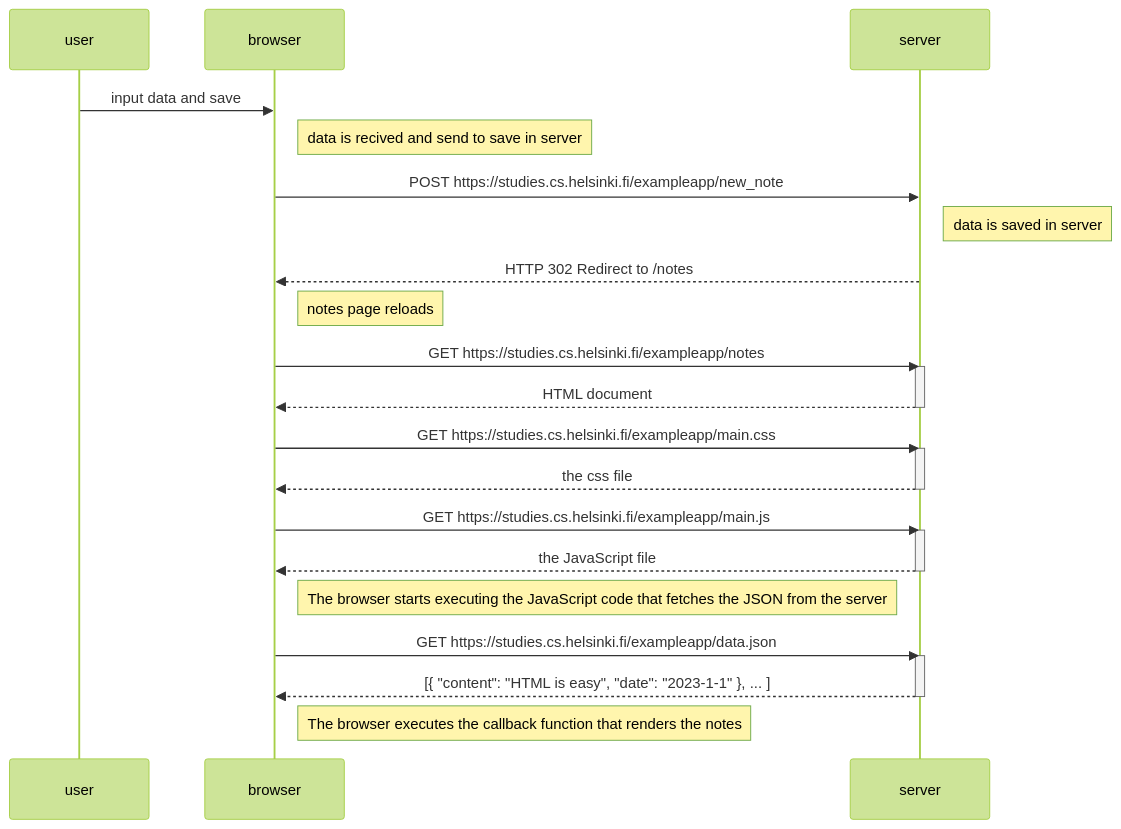
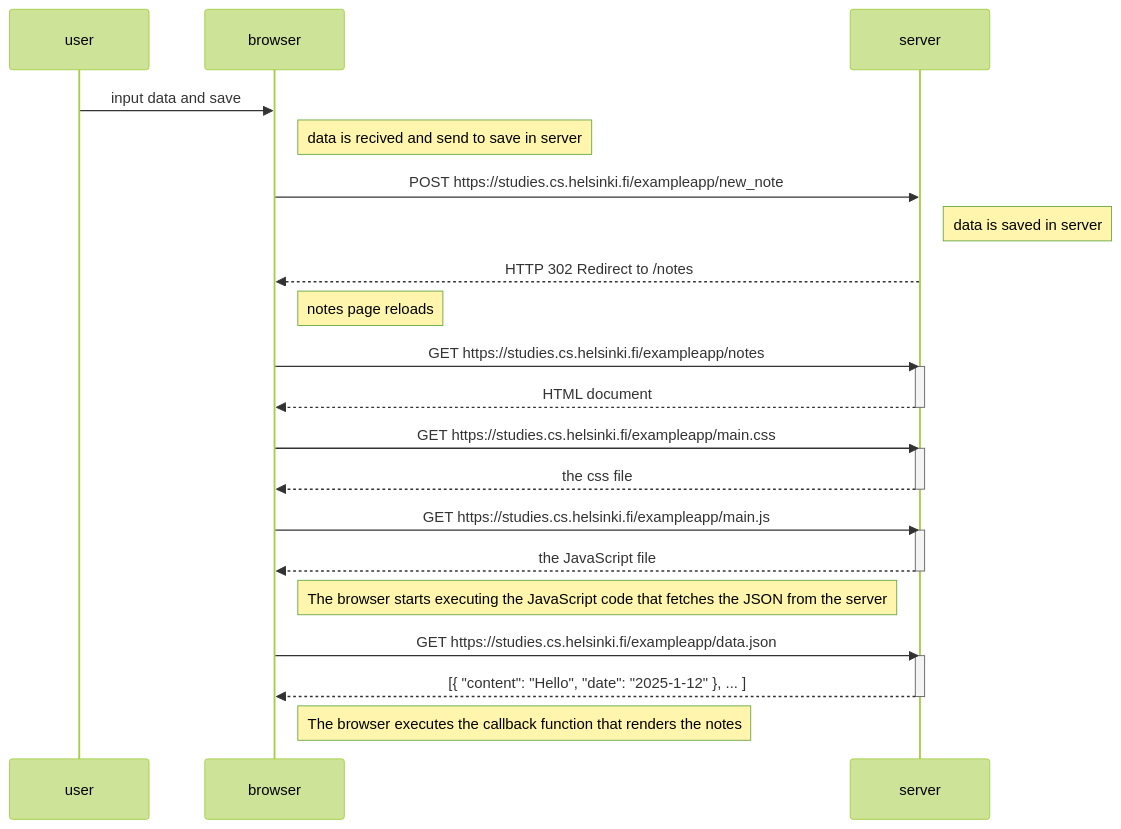
Before and after one commit to Ashwin-A031/fullstack: the diagram in part/04.md, drawn with Mermaid (forest theme).

````diff
--- a/part/04.md
+++ b/part/04.md
@@ -1,40 +1,40 @@
 ```mermaid
 
     sequenceDiagram
         participant user
         participant browser
         participant server
 
         user->>browser: input data and save
         Note right of browser: data is recived and send to save in server
 
         browser->>server: POST https://studies.cs.helsinki.fi/exampleapp/new_note
         Note right of server: data is saved in server
         server-->>browser: HTTP 302 Redirect to /notes
         Note right of browser: notes page reloads
 
         browser->>server: GET https://studies.cs.helsinki.fi/exampleapp/notes
         activate server
         server-->>browser: HTML document
         deactivate server
 
         browser->>server: GET https://studies.cs.helsinki.fi/exampleapp/main.css
         activate server
         server-->>browser: the css file
         deactivate server
 
         browser->>server: GET https://studies.cs.helsinki.fi/exampleapp/main.js
         activate server
         server-->>browser: the JavaScript file
         deactivate server
 
         Note right of browser: The browser starts executing the JavaScript code that fetches the JSON from the server
 
         browser->>server: GET https://studies.cs.helsinki.fi/exampleapp/data.json
         activate server
-        server-->>browser: [{ "content": "HTML is easy", "date": "2023-1-1" }, ... ]
+        server-->>browser: [{ "content": "Hello", "date": "2025-1-12" }, ... ]
         deactivate server
 
         Note right of browser: The browser executes the callback function that renders the notes
 
 ```
````
